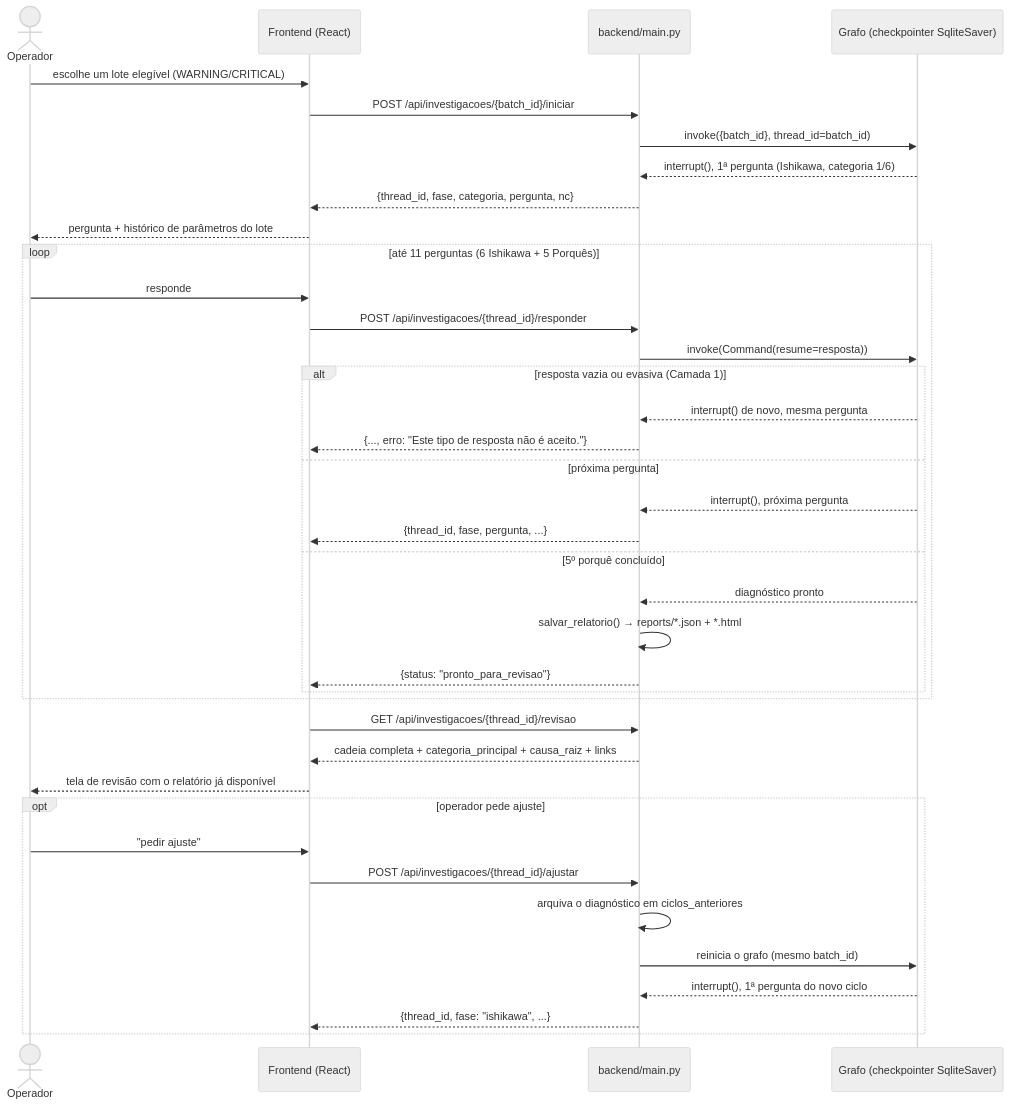
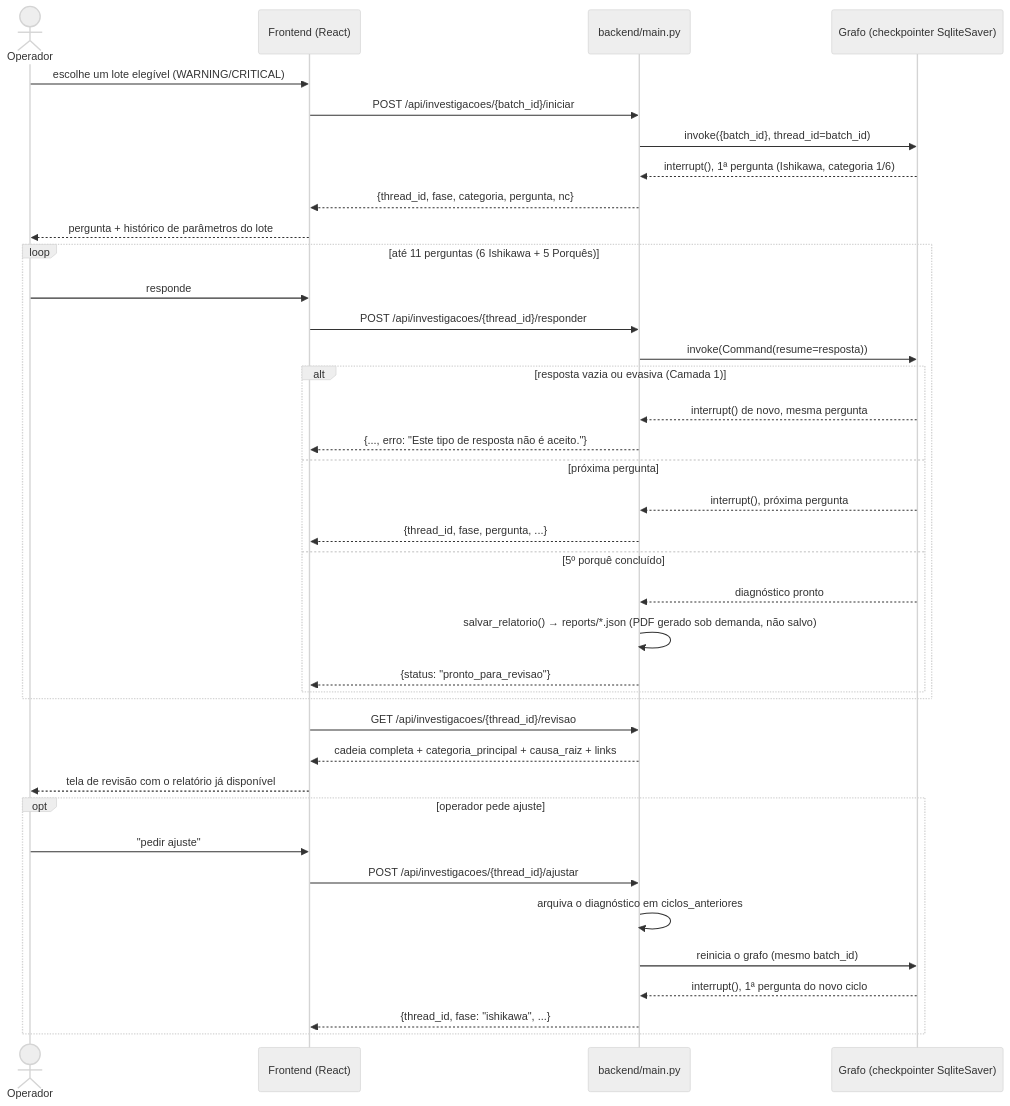
One commit to micheleoliveiracod/Root-Spector changed the second of 2 diagrams in docs/diagrama-fluxo.md. Above: the diagram before and after it, drawn with Mermaid (neutral theme). The commit also changed other lines of this file and 27 other files, not shown here.

First line of the commit message:
feat(low-code): resumo diario, relatorio persistido em banco e PDF sob demanda

````diff
--- a/docs/diagrama-fluxo.md
+++ b/docs/diagrama-fluxo.md
@@ -75,44 +75,44 @@
 ```mermaid
 sequenceDiagram
     actor Operador
     participant FE as Frontend (React)
     participant API as backend/main.py
     participant G as Grafo (checkpointer SqliteSaver)
 
     Operador->>FE: escolhe um lote elegível (WARNING/CRITICAL)
     FE->>API: POST /api/investigacoes/{batch_id}/iniciar
     API->>G: invoke({batch_id}, thread_id=batch_id)
     G-->>API: interrupt(), 1ª pergunta (Ishikawa, categoria 1/6)
     API-->>FE: {thread_id, fase, categoria, pergunta, nc}
     FE-->>Operador: pergunta + histórico de parâmetros do lote
 
     loop até 11 perguntas (6 Ishikawa + 5 Porquês)
         Operador->>FE: responde
         FE->>API: POST /api/investigacoes/{thread_id}/responder
         API->>G: invoke(Command(resume=resposta))
         alt resposta vazia ou evasiva (Camada 1)
             G-->>API: interrupt() de novo, mesma pergunta
             API-->>FE: {..., erro: "Este tipo de resposta não é aceito."}
         else próxima pergunta
             G-->>API: interrupt(), próxima pergunta
             API-->>FE: {thread_id, fase, pergunta, ...}
         else 5º porquê concluído
             G-->>API: diagnóstico pronto
-            API->>API: salvar_relatorio() → reports/*.json + *.html
+            API->>API: salvar_relatorio() → reports/*.json (PDF gerado sob demanda, não salvo)
             API-->>FE: {status: "pronto_para_revisao"}
         end
     end
 
     FE->>API: GET /api/investigacoes/{thread_id}/revisao
     API-->>FE: cadeia completa + categoria_principal + causa_raiz + links
     FE-->>Operador: tela de revisão com o relatório já disponível
 
     opt operador pede ajuste
         Operador->>FE: "pedir ajuste"
         FE->>API: POST /api/investigacoes/{thread_id}/ajustar
         API->>API: arquiva o diagnóstico em ciclos_anteriores
         API->>G: reinicia o grafo (mesmo batch_id)
         G-->>API: interrupt(), 1ª pergunta do novo ciclo
         API-->>FE: {thread_id, fase: "ishikawa", ...}
     end
 ```
````
